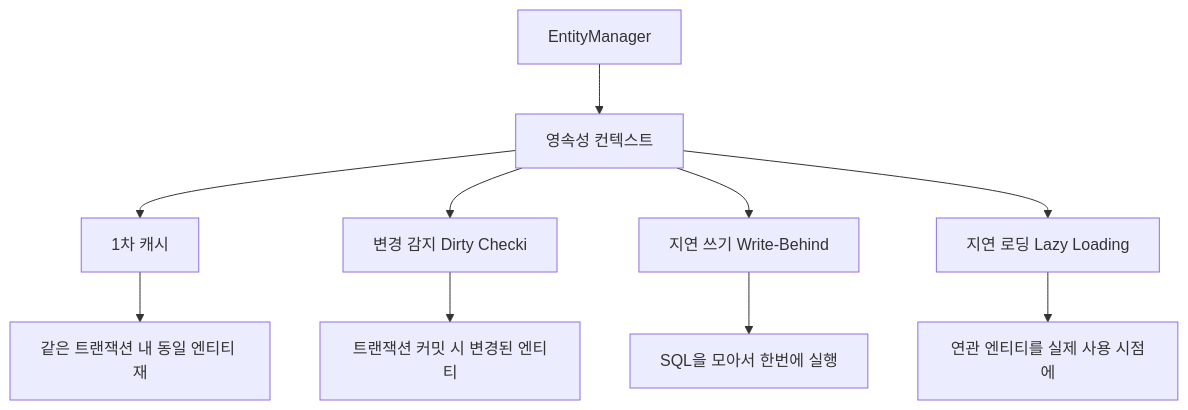
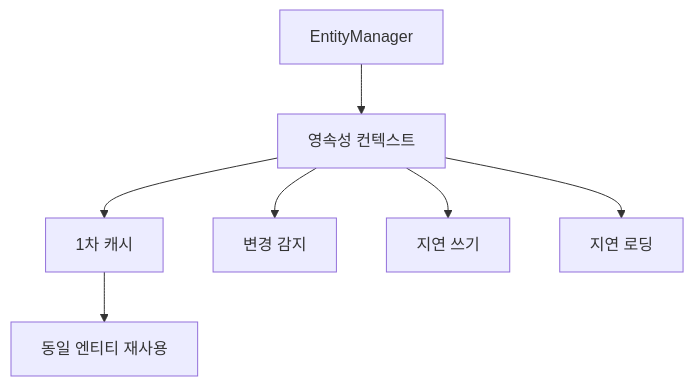
The third of 4 diagrams in _posts/spring/2026-05-02-spring-db-2.md (yjkim2015/yjkim2015.github.io), drawn with Mermaid before and after one commit. The commit also changed 155 other files, not shown here.

First line of the commit message:
Mermaid 전면 수정: subgraph 제거, participant/노드/줄수 축소 (342블록)

````diff
--- a/_posts/spring/2026-05-02-spring-db-2.md
+++ b/_posts/spring/2026-05-02-spring-db-2.md
@@ -429,12 +429,9 @@
 ```mermaid
 graph TD
     A[EntityManager] --> B["영속성 컨텍스트"]
     B --> C["1차 캐시"]
-    B --> D["변경 감지 Dirty Checki"]
-    B --> E["지연 쓰기 Write-Behind"]
-    B --> F["지연 로딩 Lazy Loading"]
-    C --> G["같은 트랜잭션 내 동일 엔티티 재"]
-    D --> H["트랜잭션 커밋 시 변경된 엔티티"]
-    E --> I["SQL을 모아서 한번에 실행"]
-    F --> J["연관 엔티티를 실제 사용 시점에"]
+    B --> D["변경 감지"]
+    B --> E["지연 쓰기"]
+    B --> F["지연 로딩"]
+    C --> G["동일 엔티티 재사용"]
 ```
````
